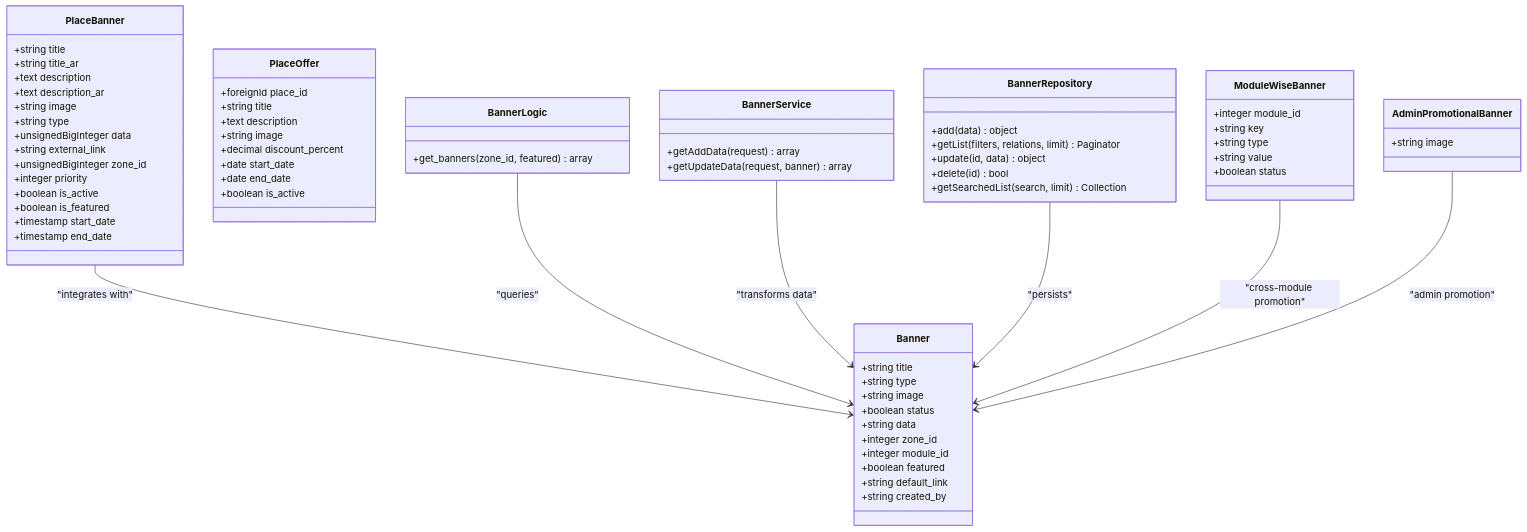
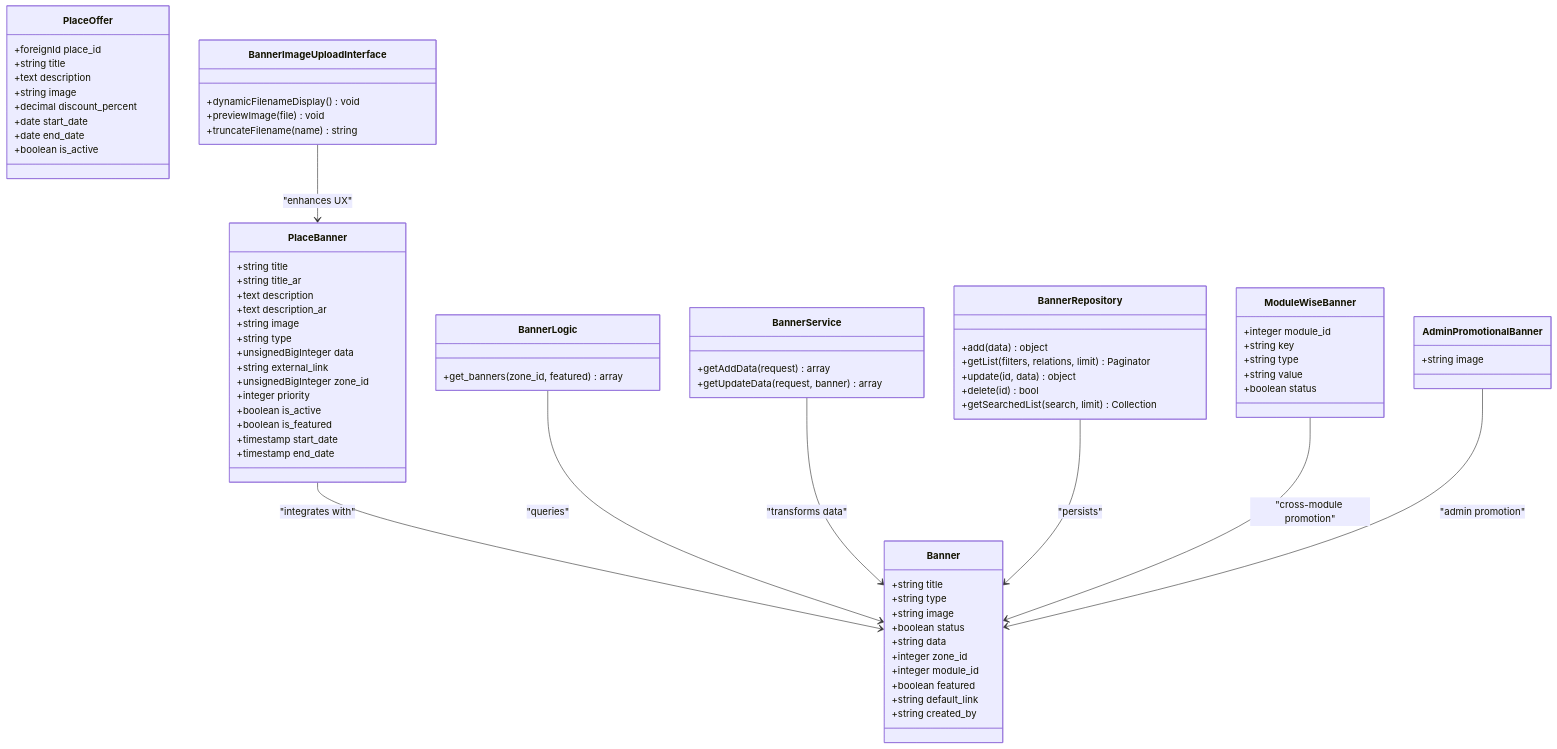
The second of 10 diagrams in .qoder/repowiki/en/content/Business Modules/PlacesToVisit Module/Banners and Offers Management.md (Hamdies/waddy_back), drawn with Mermaid before and after one commit. The commit also changed other lines of this file and 1 other file, not shown here.

````diff
--- a/.qoder/repowiki/en/content/Business Modules/PlacesToVisit Module/Banners and Offers Management.md
+++ b/.qoder/repowiki/en/content/Business Modules/PlacesToVisit Module/Banners and Offers Management.md
@@ -114,71 +145,77 @@
 ```mermaid
 classDiagram
 class PlaceBanner {
 +string title
 +string title_ar
 +text description
 +text description_ar
 +string image
 +string type
 +unsignedBigInteger data
 +string external_link
 +unsignedBigInteger zone_id
 +integer priority
 +boolean is_active
 +boolean is_featured
 +timestamp start_date
 +timestamp end_date
 }
 class PlaceOffer {
 +foreignId place_id
 +string title
 +text description
 +string image
 +decimal discount_percent
 +date start_date
 +date end_date
 +boolean is_active
 }
 class Banner {
 +string title
 +string type
 +string image
 +boolean status
 +string data
 +integer zone_id
 +integer module_id
 +boolean featured
 +string default_link
 +string created_by
 }
 class ModuleWiseBanner {
 +integer module_id
 +string key
 +string type
 +string value
 +boolean status
 }
 class AdminPromotionalBanner {
 +string image
 }
 class BannerLogic {
 +get_banners(zone_id, featured) array
 }
 class BannerService {
 +getAddData(request) array
 +getUpdateData(request, banner) array
 }
 class BannerRepository {
 +add(data) object
 +getList(filters, relations, limit) Paginator
 +update(id, data) object
 +delete(id) bool
 +getSearchedList(search, limit) Collection
 }
+class BannerImageUploadInterface {
++dynamicFilenameDisplay() void
++previewImage(file) void
++truncateFilename(name) string
+}
 PlaceBanner --> Banner : "integrates with"
 BannerLogic --> Banner : "queries"
 BannerService --> Banner : "transforms data"
 BannerRepository --> Banner : "persists"
 ModuleWiseBanner --> Banner : "cross-module promotion"
 AdminPromotionalBanner --> Banner : "admin promotion"
+BannerImageUploadInterface --> PlaceBanner : "enhances UX"
 ```
````
